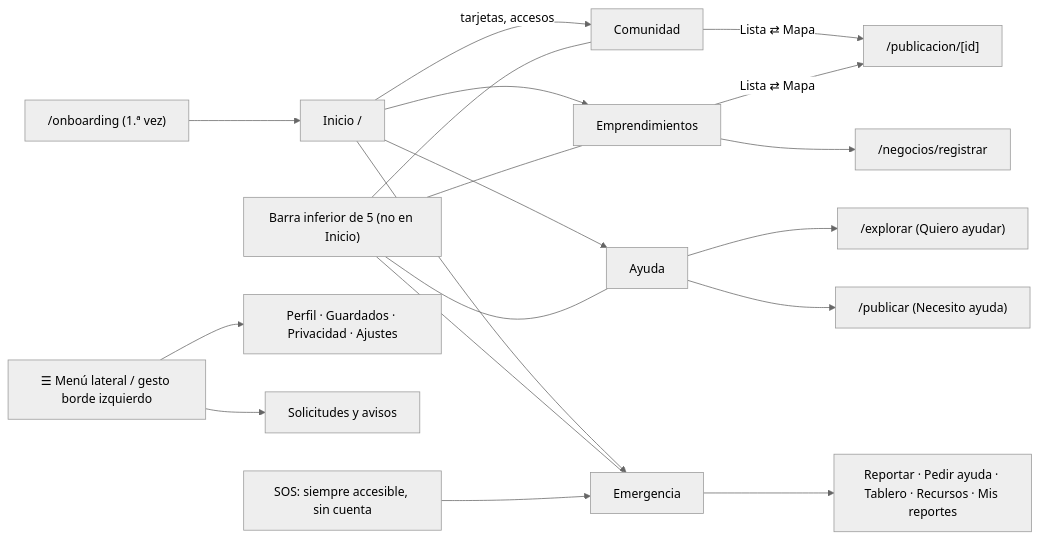
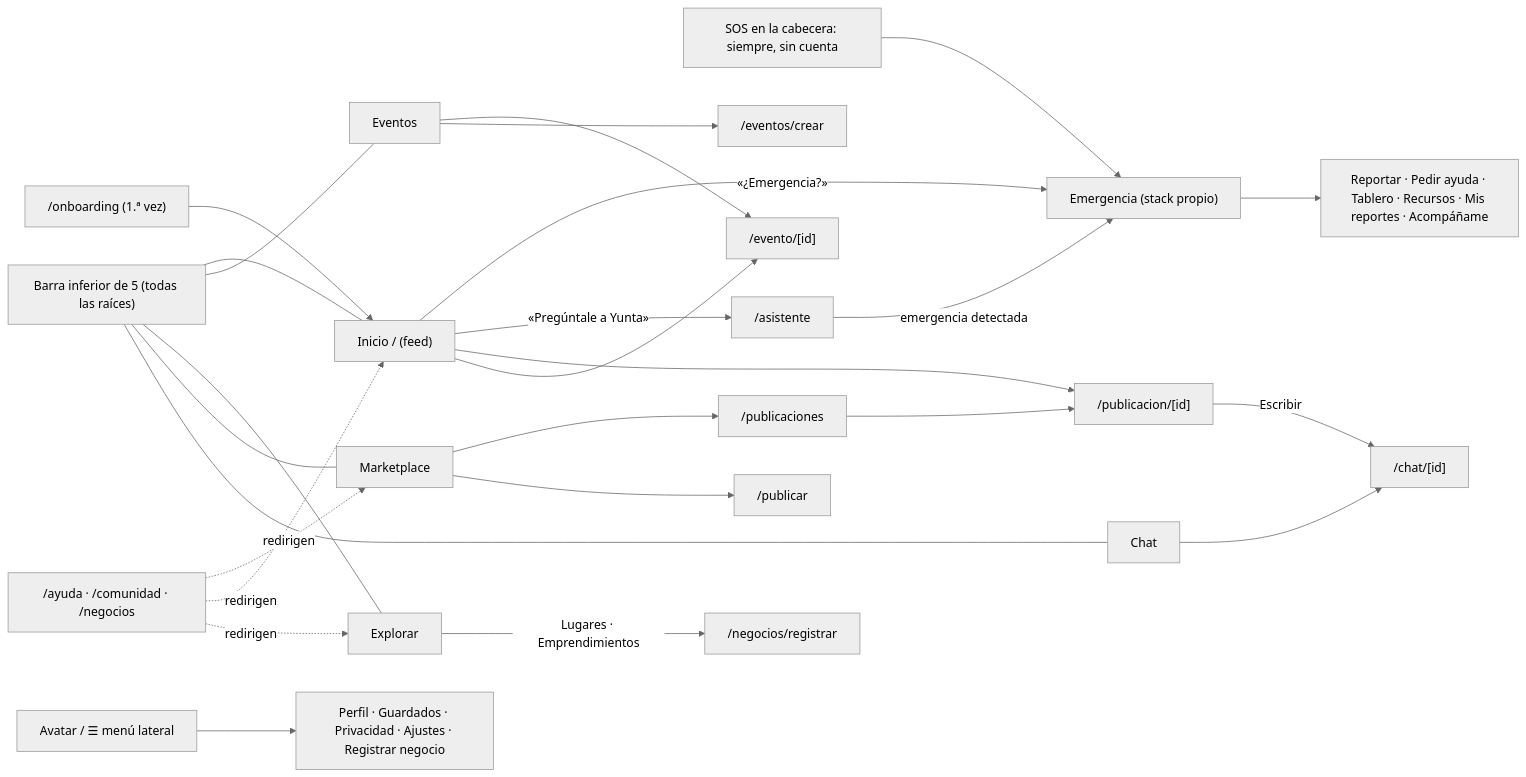
One commit to Shine299/Hackaton-Comercio-Team changed the fourth of 4 diagrams in README.md. Above: the diagram before and after it, drawn with Mermaid (neutral theme). The commit also changed other lines of this file and 147 other files, not shown here.

Commit message:
Comunidad primero: feed, eventos de vecinos, chat directo, lugares y asistente con IA (Mistral y Groq)

````diff
--- a/README.md
+++ b/README.md
@@ -193,20 +248,23 @@
 ```mermaid
 flowchart LR
   OB["/onboarding (1.ª vez)"] --> HOME
-  HOME["Inicio /"] -->|tarjetas, accesos| COM["Comunidad"]
-  HOME --> NEG["Emprendimientos"]
-  HOME --> AYU["Ayuda"]
-  HOME --> EME["Emergencia"]
 
-  BAR["Barra inferior de 5 (no en Inicio)"] --- COM & NEG & AYU & EME
-  MENU["☰ Menú lateral / gesto borde izquierdo"] --> PER["Perfil · Guardados · Privacidad · Ajustes"]
-  MENU --> ACT["Solicitudes y avisos"]
+  BAR["Barra inferior de 5 (todas las raíces)"] --- HOME["Inicio / (feed)"] & EVE["Eventos"] & EXP["Explorar"] & MKT["Marketplace"] & CHAT["Chat"]
+  SOS["SOS en la cabecera: siempre, sin cuenta"] --> EME["Emergencia (stack propio)"]
+  HOME -->|«¿Emergencia?»| EME
+  HOME -->|«Pregúntale a Yunta»| ASI["/asistente"]
+  ASI -->|emergencia detectada| EME
+  MENU["Avatar / ☰ menú lateral"] --> PER["Perfil · Guardados · Privacidad · Ajustes · Registrar negocio"]
 
-  COM -->|Lista ⇄ Mapa| DET["/publicacion/[id]"]
-  NEG -->|Lista ⇄ Mapa| DET
-  NEG --> REG["/negocios/registrar"]
-  AYU --> EXP["/explorar (Quiero ayudar)"]
-  AYU --> PUB["/publicar (Necesito ayuda)"]
-  EME --> REP["Reportar · Pedir ayuda · Tablero · Recursos · Mis reportes"]
-  SOS["SOS: siempre accesible, sin cuenta"] --> EME
+  HOME --> DET["/publicacion/[id]"]
+  HOME --> EVD["/evento/[id]"]
+  EVE --> EVD
+  EVE --> EVC["/eventos/crear"]
+  EXP -->|Lugares · Emprendimientos| REG["/negocios/registrar"]
+  MKT --> LIST["/publicaciones"] --> DET
+  MKT --> PUB["/publicar"]
+  DET -->|Escribir| CHT["/chat/[id]"]
+  CHAT --> CHT
+  EME --> REP["Reportar · Pedir ayuda · Tablero · Recursos · Mis reportes · Acompáñame"]
+  OLD["/ayuda · /comunidad · /negocios"] -.->|redirigen| MKT & HOME & EXP
 ```
````
